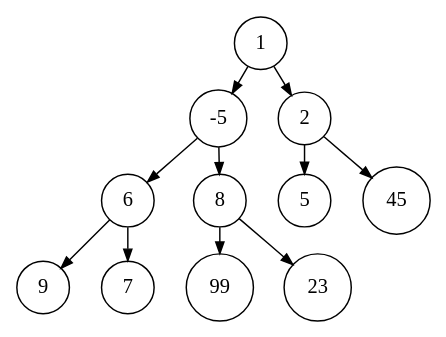
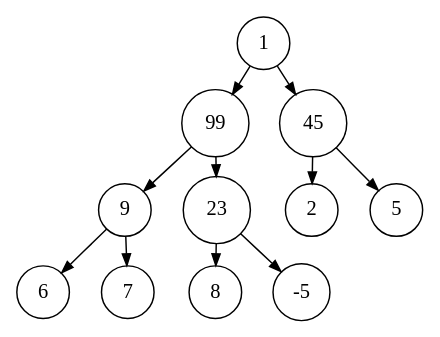
The diagram in onheapifyimg04.dot (averyfaller/cs207labs), drawn with Graphviz before and after one commit. The commit also changed 6 other files, not shown here.

```diff
--- a/onheapifyimg04.dot
+++ b/onheapifyimg04.dot
@@ -1,28 +1,28 @@
 
     digraph G {
     nodesep=0.3;
     ranksep=0.2;
     margin=0.1;
     node [shape=circle];
     edge [arrowsize=0.8];
     1 -> 2[side=left];
 1 -> 3;
 2 -> 4[side=left];
 2 -> 5;
 3 -> 6[side=left];
 3 -> 7;
 4 -> 8[side=left];
 4 -> 9;
 5 -> 10[side=left];
 5 -> 11;
 1[label="1"]
-2[label="-5"]
-3[label="2"]
-4[label="6"]
-5[label="8"]
-6[label="5"]
-7[label="45"]
-8[label="9"]
+2[label="99"]
+3[label="45"]
+4[label="9"]
+5[label="23"]
+6[label="2"]
+7[label="5"]
+8[label="6"]
 9[label="7"]
-10[label="99"]
-11[label="23"]}
+10[label="8"]
+11[label="-5"]}
```
